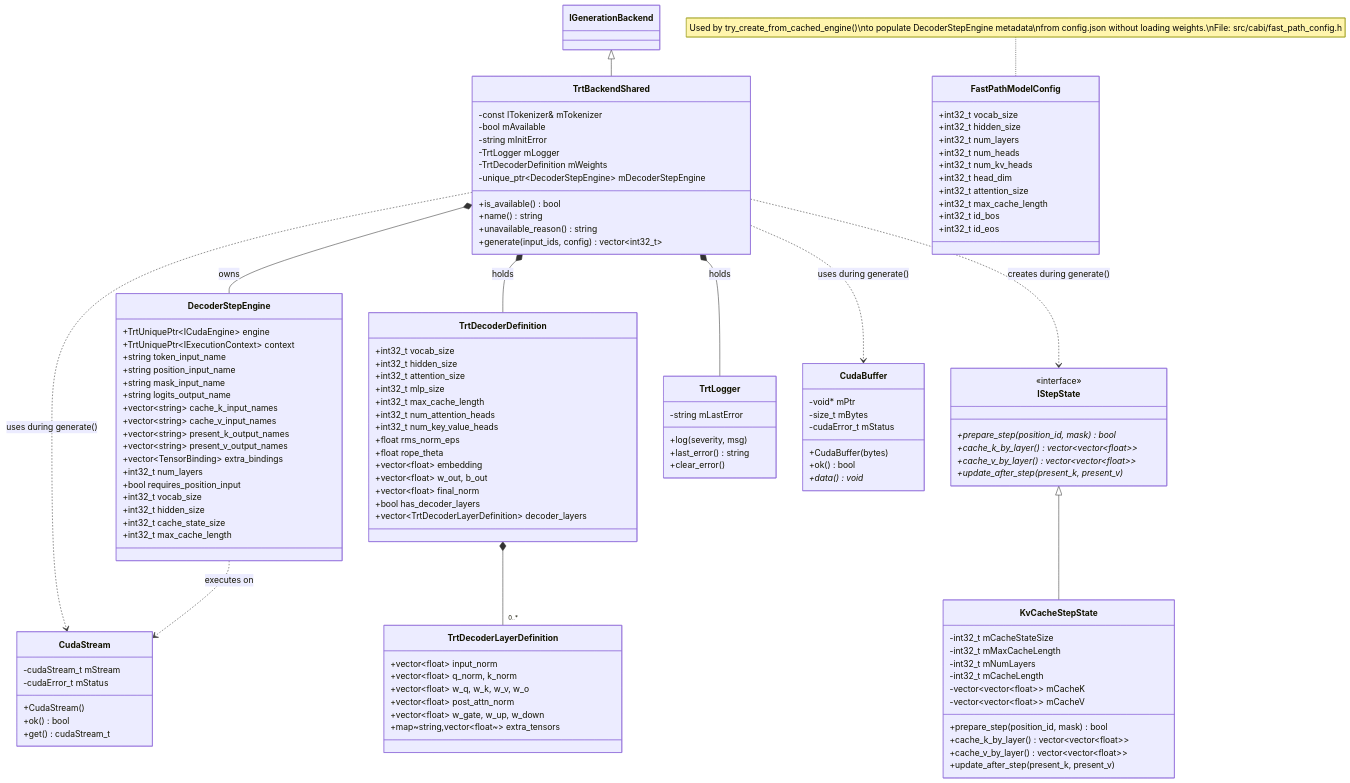
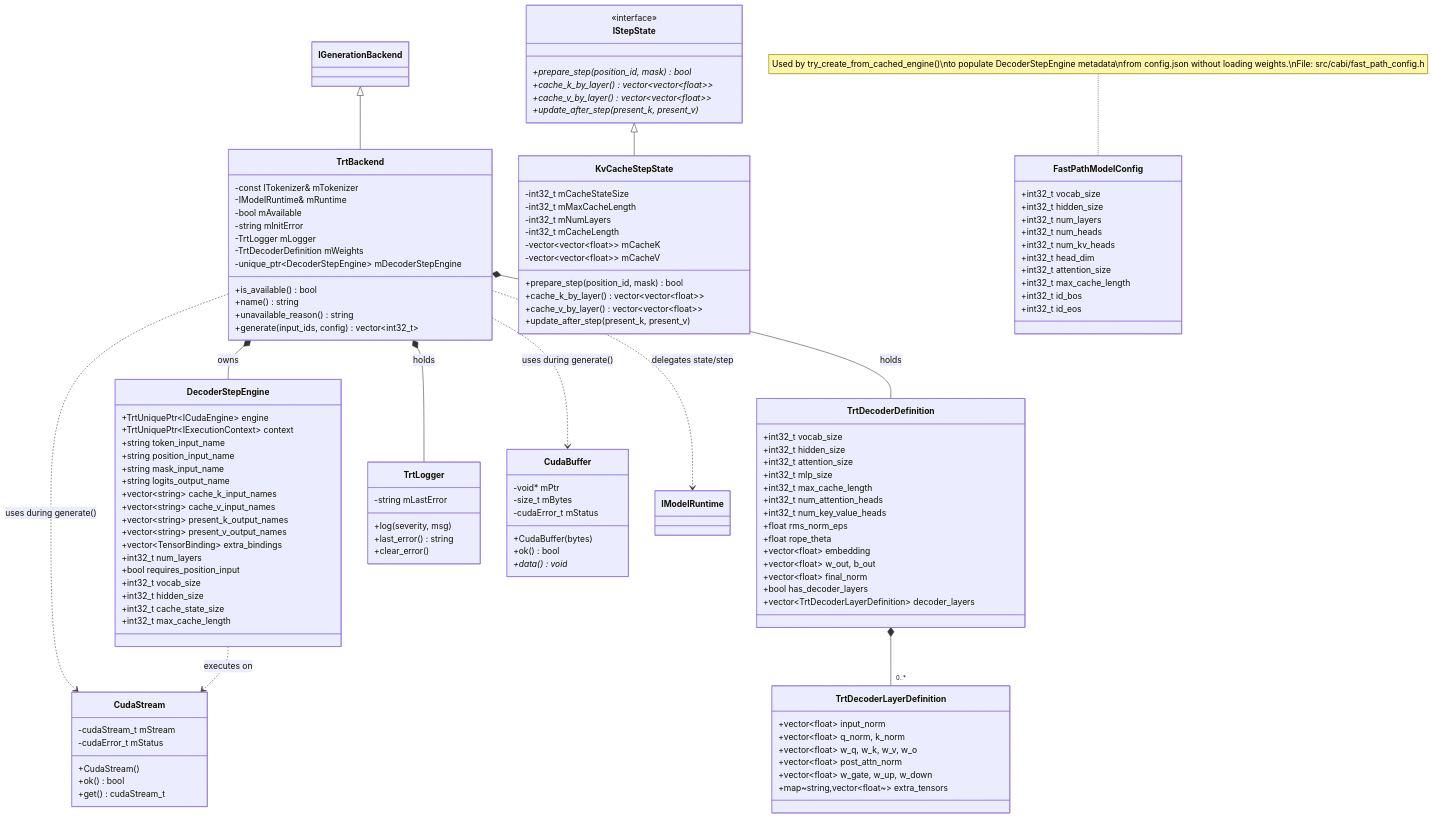
The sixth of 8 diagrams in docs/wiki/Static-Design.md (AbishekCoder1/TensorRT-Model-Connect), drawn with Mermaid before and after one commit. The commit also changed other lines of this file and 32 other files, not shown here.

First line of the commit message:
refactor: Zero-edit parallel agent architecture + DI-clean IModelRuntime

````diff
--- a/docs/wiki/Static-Design.md
+++ b/docs/wiki/Static-Design.md
@@ -326,7 +329,8 @@
 ```mermaid
 classDiagram
-    class TrtBackendShared {
+    class TrtBackend {
         -const ITokenizer& mTokenizer
+        -IModelRuntime& mRuntime
         -bool mAvailable
         -string mInitError
         -TrtLogger mLogger
@@ -442,13 +446,13 @@
         +int32_t id_eos
     }
 
-    IGenerationBackend <|-- TrtBackendShared
-    TrtBackendShared *-- DecoderStepEngine : owns
-    TrtBackendShared *-- TrtDecoderDefinition : holds
-    TrtBackendShared *-- TrtLogger : holds
-    TrtBackendShared ..> IStepState : creates during generate()
-    TrtBackendShared ..> CudaStream : uses during generate()
-    TrtBackendShared ..> CudaBuffer : uses during generate()
+    IGenerationBackend <|-- TrtBackend
+    TrtBackend *-- DecoderStepEngine : owns
+    TrtBackend *-- TrtDecoderDefinition : holds
+    TrtBackend *-- TrtLogger : holds
+    TrtBackend ..> IModelRuntime : delegates state/step
+    TrtBackend ..> CudaStream : uses during generate()
+    TrtBackend ..> CudaBuffer : uses during generate()
     IStepState <|-- KvCacheStepState
     TrtDecoderDefinition *-- "0..*" TrtDecoderLayerDefinition
     DecoderStepEngine ..> CudaStream : executes on
````
